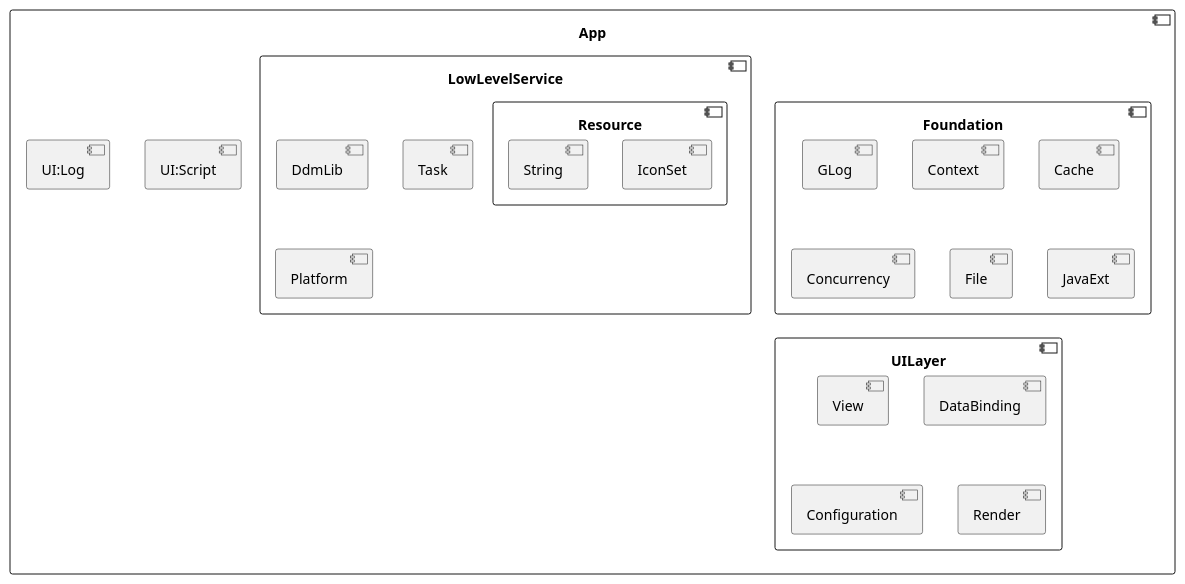
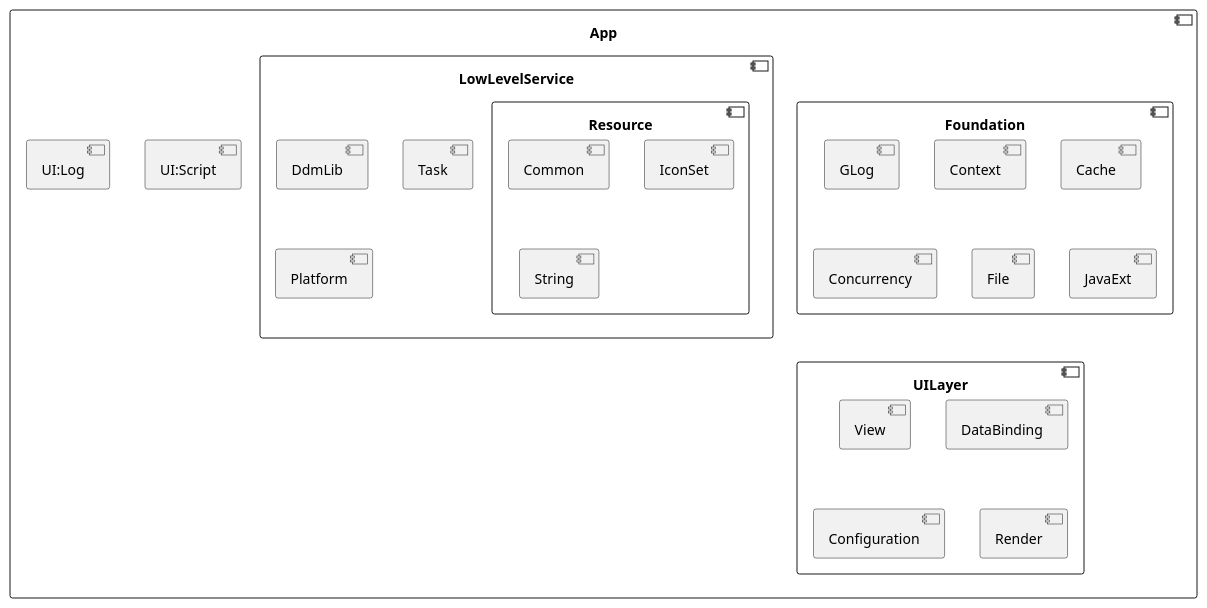
One commit to Gegenbauer/CatSpy changed the diagram in project_structure.puml. Above: the diagram before and after it, drawn with PlantUML. The commit also changed 60 other files, not shown here.

```diff
--- a/project_structure.puml
+++ b/project_structure.puml
@@ -1,29 +1,30 @@
 @startuml
 component [App] {
     component [UI:Script]
     component [UI:Log]
     component [Foundation] {
         component [GLog]
         component [Context]
         component [Cache]
         component [Concurrency]
         component [File]
         component [JavaExt]
     }
     component [LowLevelService] {
         component [DdmLib]
         component [Task]
         component [Resource] {
+            component [Common]
             component [IconSet]
             component [String]
         }
         component [Platform]
     }
     component [UILayer] {
         component [View]
         component [DataBinding]
         component [Configuration]
         component [Render]
     }
 }
 @enduml
```
